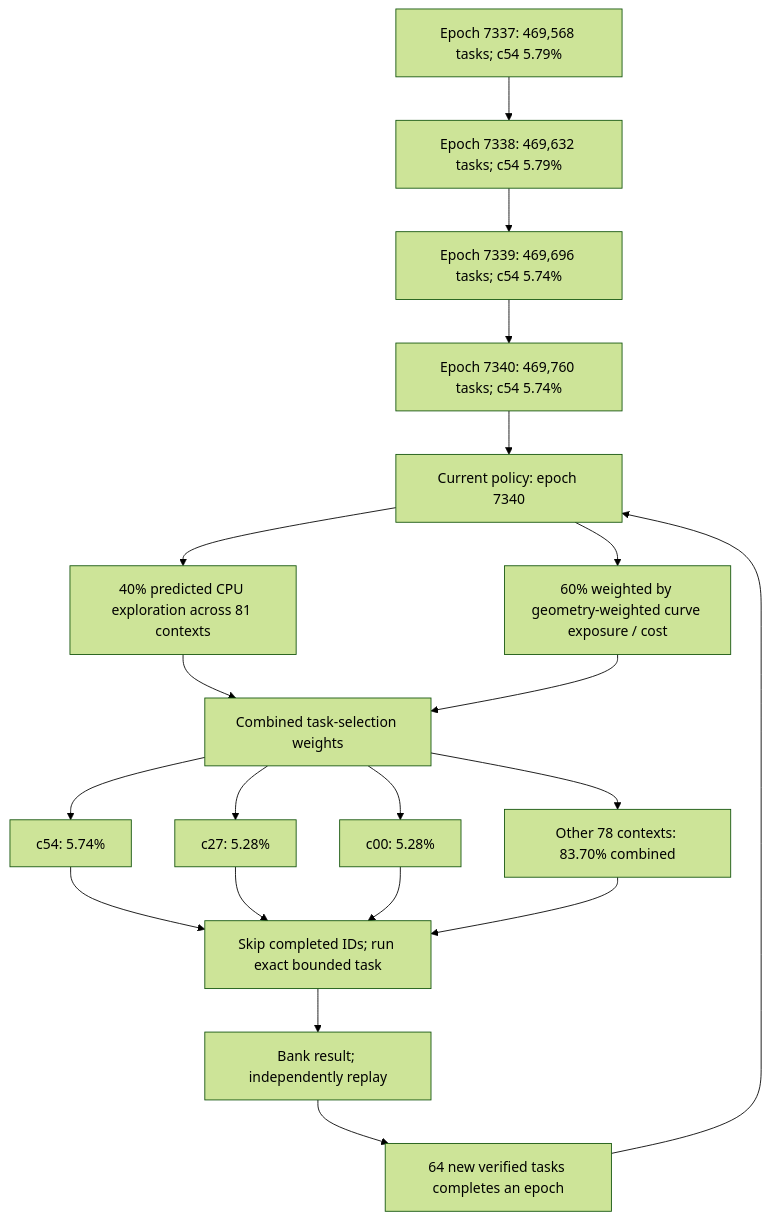
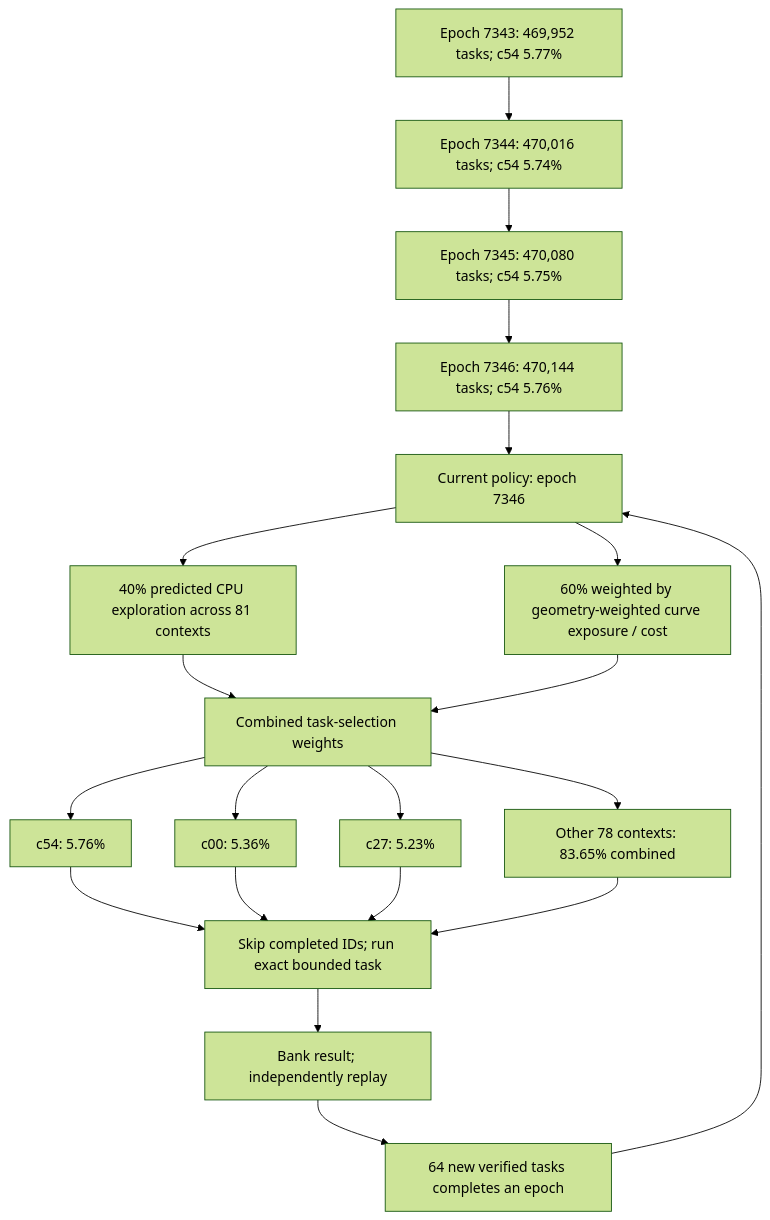
One commit to Kuberwastaken/math-gambling changed the first of 4 diagrams in README.md. Above: the diagram before and after it, drawn with Mermaid (forest theme). The commit also changed other lines of this file and 1424 other files, not shown here.

````diff
--- a/README.md
+++ b/README.md
@@ -60,27 +60,27 @@
 ```mermaid
 flowchart TD
-    H0["Epoch 7337: 469,568 tasks; c54 5.79%"]
-    H1["Epoch 7338: 469,632 tasks; c54 5.79%"]
+    H0["Epoch 7343: 469,952 tasks; c54 5.77%"]
+    H1["Epoch 7344: 470,016 tasks; c54 5.74%"]
     H0 --> H1
-    H2["Epoch 7339: 469,696 tasks; c54 5.74%"]
+    H2["Epoch 7345: 470,080 tasks; c54 5.75%"]
     H1 --> H2
-    H3["Epoch 7340: 469,760 tasks; c54 5.74%"]
+    H3["Epoch 7346: 470,144 tasks; c54 5.76%"]
     H2 --> H3
-    Policy["Current policy: epoch 7340"]
+    Policy["Current policy: epoch 7346"]
     H3 --> Policy
     Policy --> Explore["40% predicted CPU exploration across 81 contexts"]
     Policy --> Cost["60% weighted by geometry-weighted curve exposure / cost"]
     Explore --> Mix["Combined task-selection weights"]
     Cost --> Mix
-    Mix --> C0["c54: 5.74%"]
-    Mix --> C1["c27: 5.28%"]
-    Mix --> C2["c00: 5.28%"]
-    Mix --> Rest["Other 78 contexts: 83.70% combined"]
+    Mix --> C0["c54: 5.76%"]
+    Mix --> C1["c00: 5.36%"]
+    Mix --> C2["c27: 5.23%"]
+    Mix --> Rest["Other 78 contexts: 83.65% combined"]
     C0 --> Check["Skip completed IDs; run exact bounded task"]
     C1 --> Check
     C2 --> Check
     Rest --> Check
     Check --> Replay["Bank result; independently replay"]
     Replay --> Gate["64 new verified tasks completes an epoch"]
     Gate --> Policy
 ```
````
